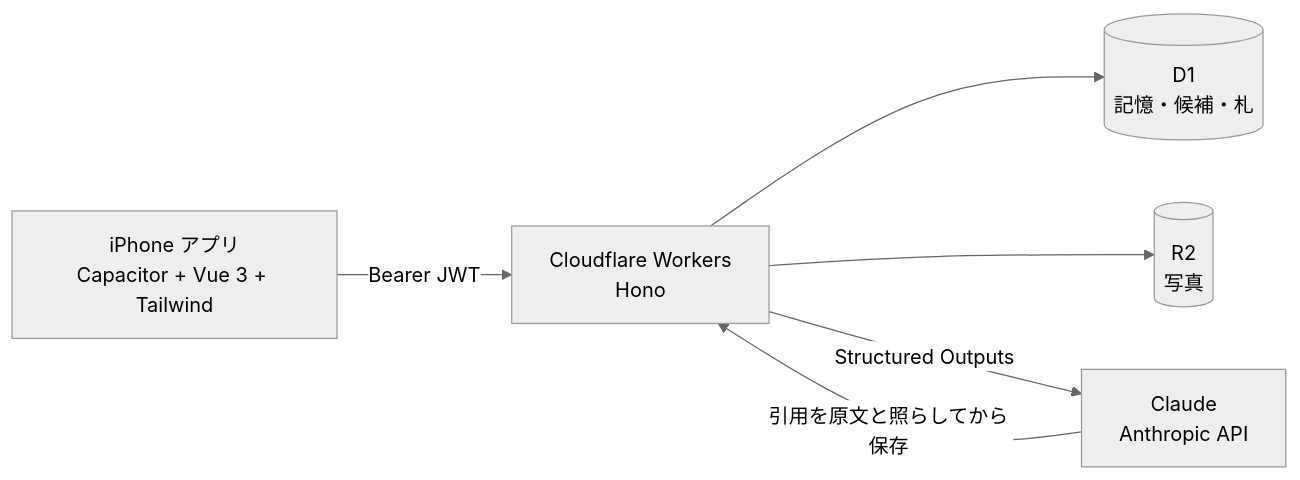
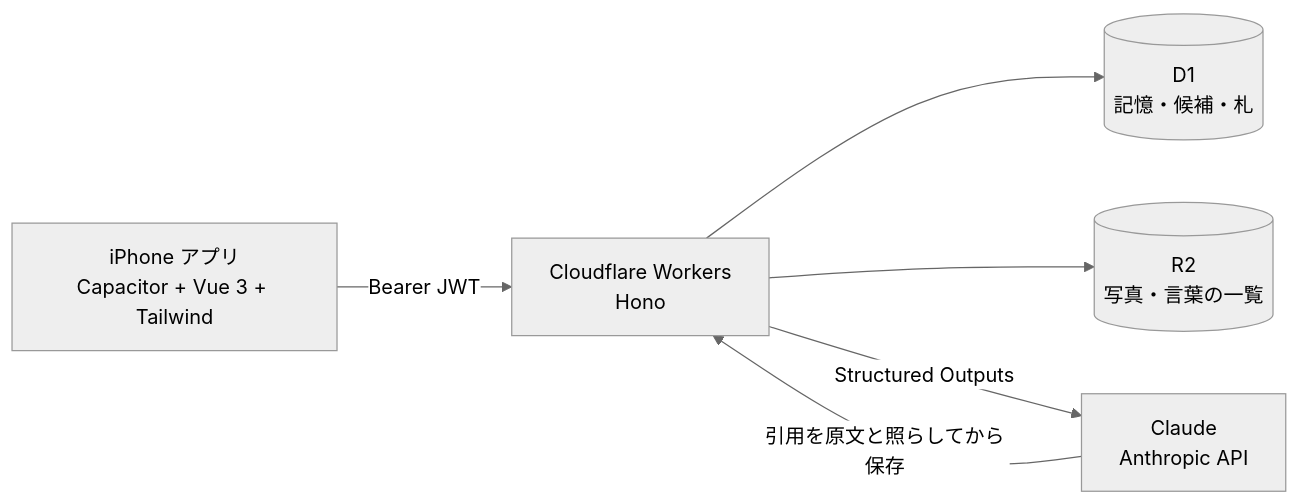
One commit to neuronest-jp/souieba changed the diagram in README.md. Above: the diagram before and after it, drawn with Mermaid (neutral theme). The commit also changed other lines of this file, not shown here.

Commit message:
README の古い所を直す（開発は 6 日間、つながりの帯は横に送る年表、ことばの地図は糸で結ぶ、ことばの地図は effort low・60 秒、物語のデータの入れ方、R2 に言葉の一覧、demo/fixtures の中身）

````diff
--- a/README.md
+++ b/README.md
@@ -124,8 +124,8 @@
 ```mermaid
 flowchart LR
   A["iPhone アプリ<br/>Capacitor + Vue 3 + Tailwind"] -->|"Bearer JWT"| W["Cloudflare Workers<br/>Hono"]
   W --> D[("D1<br/>記憶・候補・札")]
-  W --> R[("R2<br/>写真")]
+  W --> R[("R2<br/>写真・言葉の一覧")]
   W -->|"Structured Outputs"| C["Claude<br/>Anthropic API"]
   C -->|"引用を原文と照らしてから保存"| W
 ```
````
